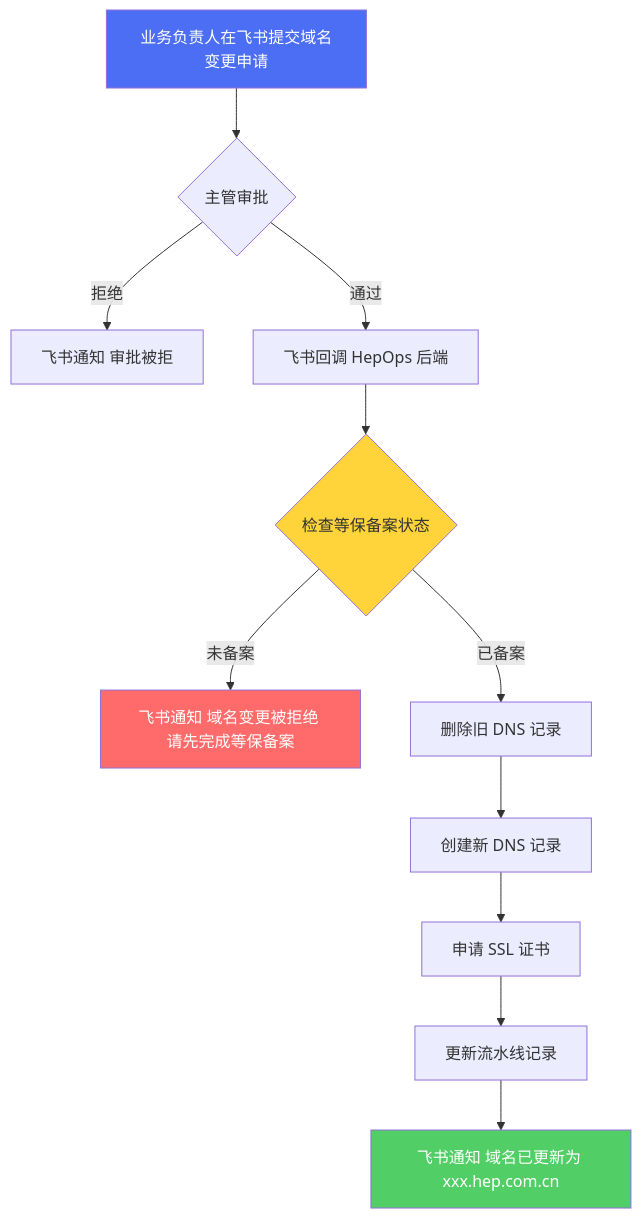
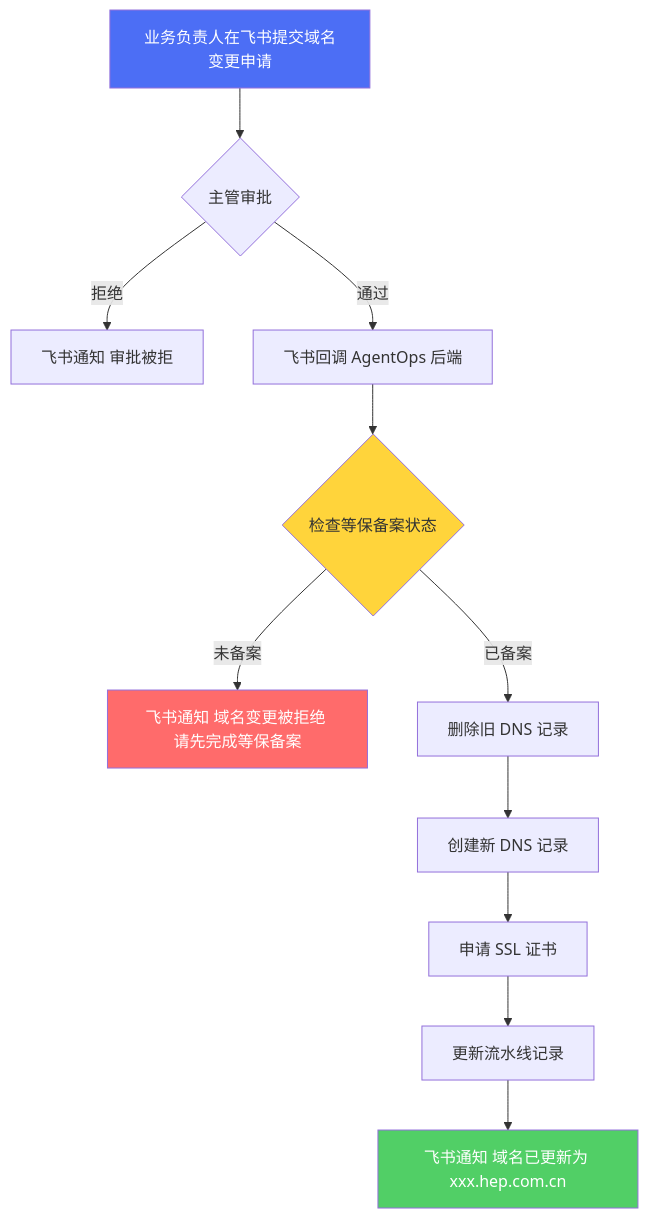
One commit to serena-ai-architect/agentOps changed the fifth of 11 diagrams in docs/workflow-diagrams.md. Above: the diagram before and after it, drawn with Mermaid. The commit also changed other lines of this file and 11 other files, not shown here.

First line of the commit message:
Rename project: HepOps → AgentOps (AI-native DevOps platform)

````diff
--- a/docs/workflow-diagrams.md
+++ b/docs/workflow-diagrams.md
@@ -187,21 +187,21 @@
 ```mermaid
 %%{init: {'flowchart': {'useMaxWidth': false}} }%%
 flowchart TD
     A["业务负责人在飞书提交域名变更申请"] --> B{主管审批}
     B -->|拒绝| Z[飞书通知 审批被拒]
-    B -->|通过| C[飞书回调 HepOps 后端]
+    B -->|通过| C[飞书回调 AgentOps 后端]
 
     C --> D{检查等保备案状态}
     D -->|未备案| E["飞书通知 域名变更被拒绝 请先完成等保备案"]
     D -->|已备案| F[删除旧 DNS 记录]
 
     F --> G[创建新 DNS 记录]
     G --> H[申请 SSL 证书]
     H --> I[更新流水线记录]
     I --> J["飞书通知 域名已更新为 xxx.hep.com.cn"]
 
     style A fill:#4c6ef5,color:#fff
     style E fill:#ff6b6b,color:#fff
     style J fill:#51cf66,color:#fff
     style D fill:#ffd43b,color:#333
 ```
````
